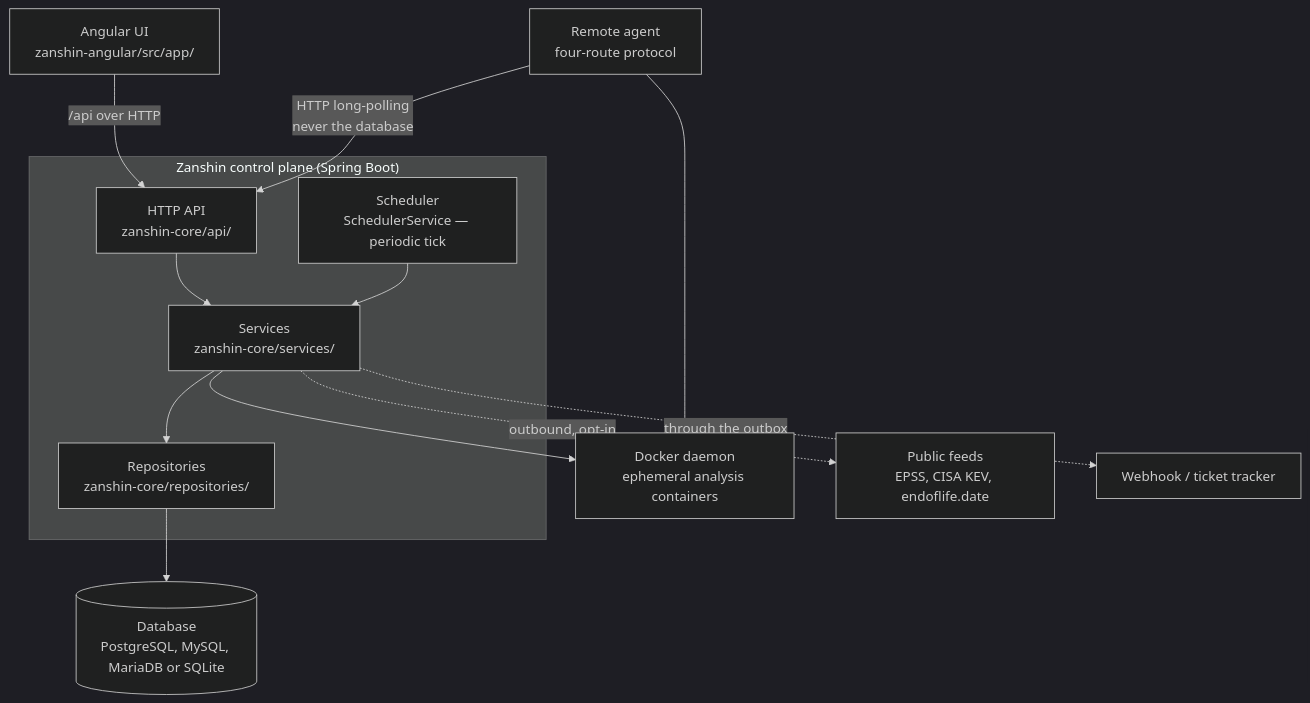
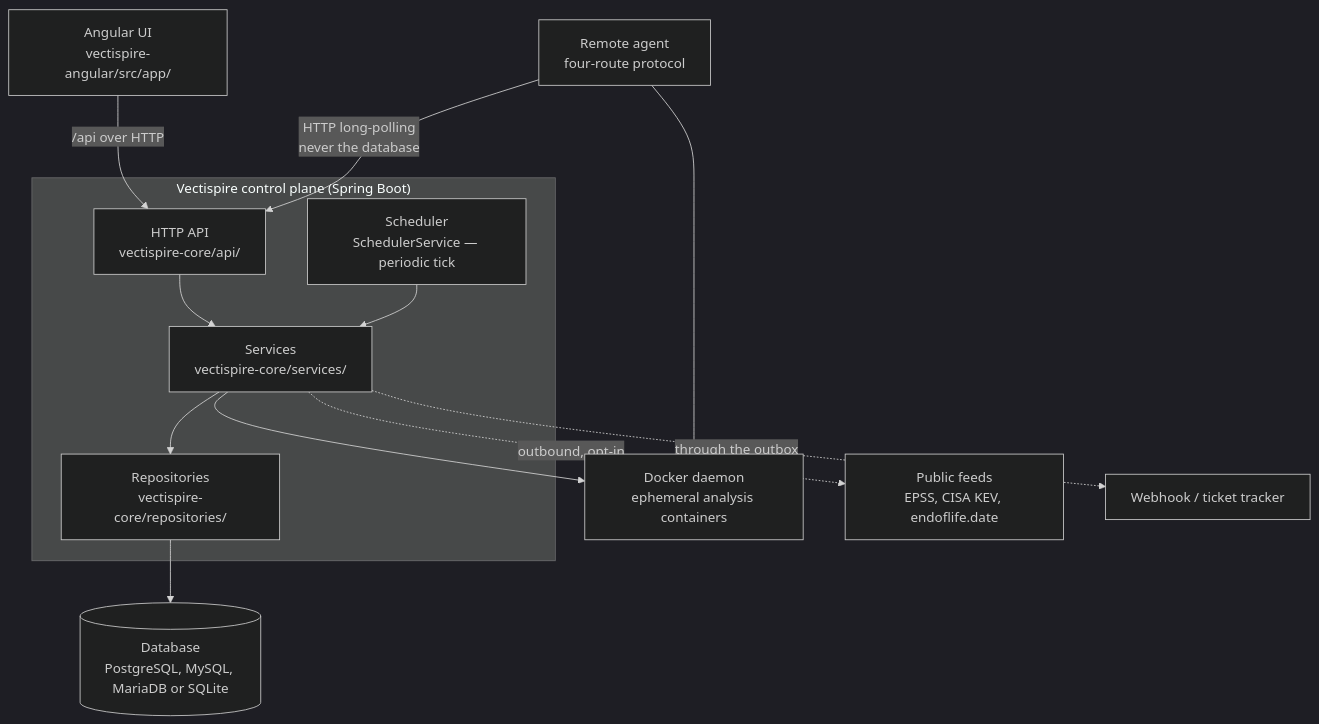
The first of 2 diagrams in docs/architecture/01-overview.md (asmolabs/vectispire), drawn with Mermaid (dark theme) before and after one commit. The commit also changed other lines of this file and 837 other files, not shown here.

````diff
--- a/docs/architecture/01-overview.md
+++ b/docs/architecture/01-overview.md
@@ -38,27 +38,27 @@
 ```mermaid
 flowchart TB
-    subgraph proc["Zanshin control plane (Spring Boot)"]
-        API["HTTP API<br/>zanshin-core/api/"]
-        SVC["Services<br/>zanshin-core/services/"]
-        REPO["Repositories<br/>zanshin-core/repositories/"]
+    subgraph proc["Vectispire control plane (Spring Boot)"]
+        API["HTTP API<br/>vectispire-core/api/"]
+        SVC["Services<br/>vectispire-core/services/"]
+        REPO["Repositories<br/>vectispire-core/repositories/"]
         SCHED["Scheduler<br/>SchedulerService — periodic tick"]
     end
 
-    UI["Angular UI<br/>zanshin-angular/src/app/"]
+    UI["Angular UI<br/>vectispire-angular/src/app/"]
     DB[("Database<br/>PostgreSQL, MySQL, MariaDB or SQLite")]
     DOCKER["Docker daemon<br/>ephemeral analysis containers"]
     AGENT["Remote agent<br/>four-route protocol"]
     FEEDS["Public feeds<br/>EPSS, CISA KEV, endoflife.date"]
     HOOK["Webhook / ticket tracker"]
 
     UI -->|"/api over HTTP"| API
     API --> SVC
     SCHED --> SVC
     SVC --> REPO
     REPO --> DB
     SVC --> DOCKER
     SVC -.->|"outbound, opt-in"| FEEDS
     SVC -.->|"through the outbox"| HOOK
     AGENT -->|"HTTP long-polling<br/>never the database"| API
     AGENT --> DOCKER
 ```
````
